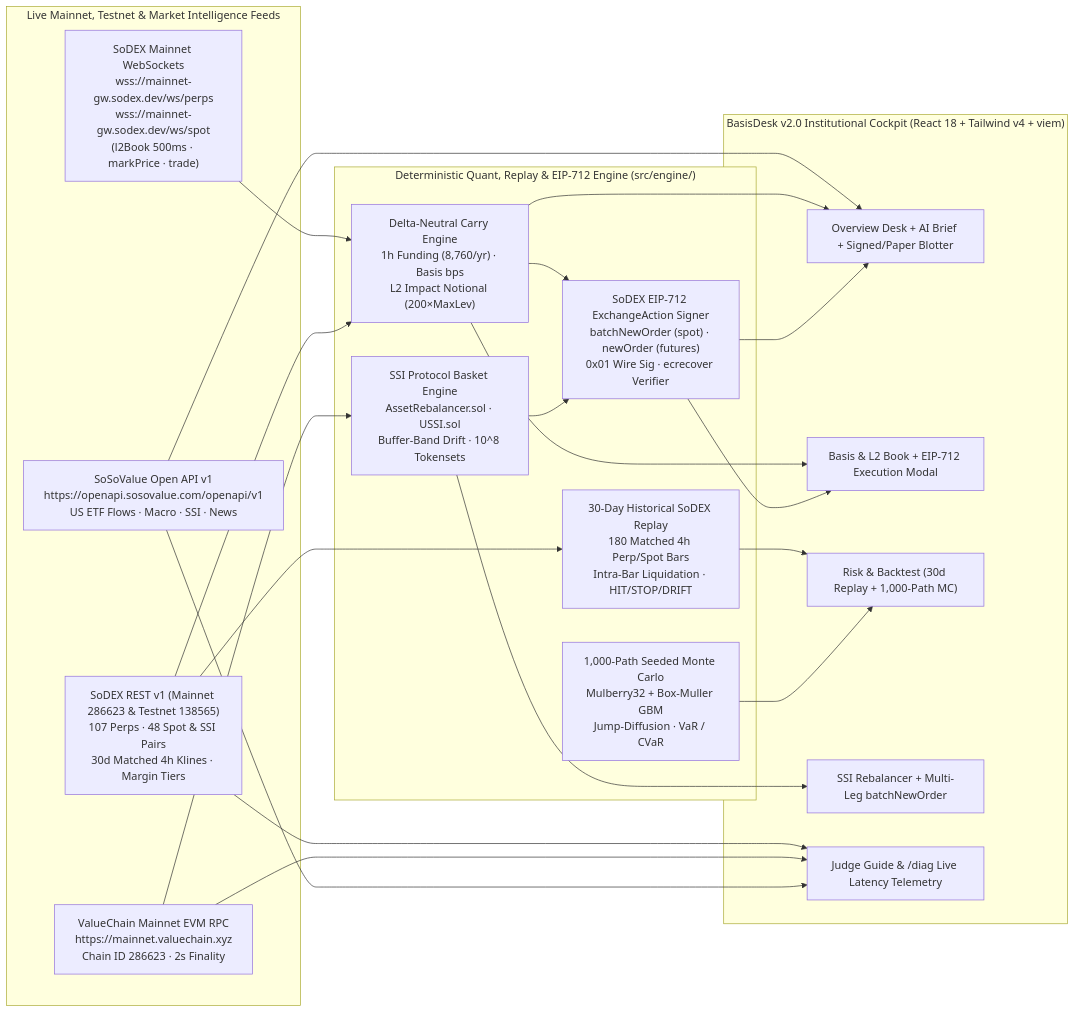
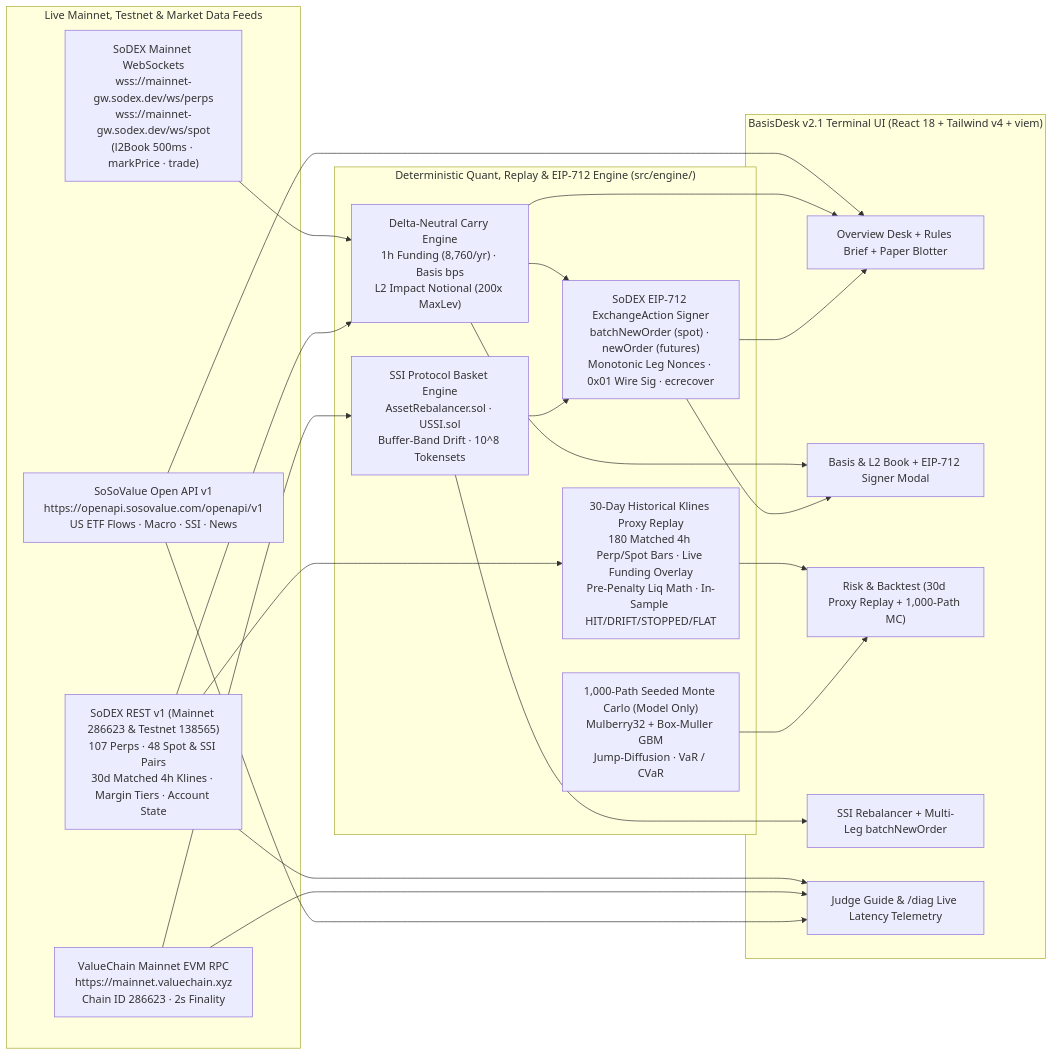
The diagram in README.md (alphonshhhomenicmtu/basisdesk-soso), drawn with Mermaid before and after one commit. The commit also changed other lines of this file and 16 other files, not shown here.

Commit message:
fix(v2.1): harden 30d backtest math, per-leg monotonic nonces, live accountID gating, and builder-fee attribution

````diff
--- a/README.md
+++ b/README.md
@@ -43,44 +48,44 @@
 ```mermaid
 flowchart LR
-    subgraph LiveData["Live Mainnet, Testnet & Market Intelligence Feeds"]
+    subgraph LiveData["Live Mainnet, Testnet & Market Data Feeds"]
         SDX_WS["SoDEX Mainnet WebSockets\nwss://mainnet-gw.sodex.dev/ws/perps\nwss://mainnet-gw.sodex.dev/ws/spot\n(l2Book 500ms · markPrice · trade)"]
-        SDX_REST["SoDEX REST v1 (Mainnet 286623 & Testnet 138565)\n107 Perps · 48 Spot & SSI Pairs\n30d Matched 4h Klines · Margin Tiers"]
+        SDX_REST["SoDEX REST v1 (Mainnet 286623 & Testnet 138565)\n107 Perps · 48 Spot & SSI Pairs\n30d Matched 4h Klines · Margin Tiers · Account State"]
         VC_RPC["ValueChain Mainnet EVM RPC\nhttps://mainnet.valuechain.xyz\nChain ID 286623 · 2s Finality"]
         SOSO_API["SoSoValue Open API v1\nhttps://openapi.sosovalue.com/openapi/v1\nUS ETF Flows · Macro · SSI · News"]
     end
 
     subgraph QuantAndSign["Deterministic Quant, Replay & EIP-712 Engine (src/engine/)"]
-        CARRY["Delta-Neutral Carry Engine\n1h Funding (8,760/yr) · Basis bps\nL2 Impact Notional (200×MaxLev)"]
-        HIST["30-Day Historical SoDEX Replay\n180 Matched 4h Perp/Spot Bars\nIntra-Bar Liquidation · HIT/STOP/DRIFT"]
-        MC["1,000-Path Seeded Monte Carlo\nMulberry32 + Box-Muller GBM\nJump-Diffusion · VaR / CVaR"]
-        EIP["SoDEX EIP-712 ExchangeAction Signer\nbatchNewOrder (spot) · newOrder (futures)\n0x01 Wire Sig · ecrecover Verifier"]
+        CARRY["Delta-Neutral Carry Engine\n1h Funding (8,760/yr) · Basis bps\nL2 Impact Notional (200x MaxLev)"]
+        HIST["30-Day Historical Klines Proxy Replay\n180 Matched 4h Perp/Spot Bars · Live Funding Overlay\nPre-Penalty Liq Math · In-Sample HIT/DRIFT/STOPPED/FLAT"]
+        MC["1,000-Path Seeded Monte Carlo (Model Only)\nMulberry32 + Box-Muller GBM\nJump-Diffusion · VaR / CVaR"]
+        EIP["SoDEX EIP-712 ExchangeAction Signer\nbatchNewOrder (spot) · newOrder (futures)\nMonotonic Leg Nonces · 0x01 Wire Sig · ecrecover"]
         SSI["SSI Protocol Basket Engine\nAssetRebalancer.sol · USSI.sol\nBuffer-Band Drift · 10^8 Tokensets"]
     end
 
-    subgraph DeskUI["BasisDesk v2.0 Institutional Cockpit (React 18 + Tailwind v4 + viem)"]
-        T1["Overview Desk + AI Brief + Signed/Paper Blotter"]
-        T2["Basis & L2 Book + EIP-712 Execution Modal"]
-        T3["Risk & Backtest (30d Replay + 1,000-Path MC)"]
+    subgraph DeskUI["BasisDesk v2.1 Terminal UI (React 18 + Tailwind v4 + viem)"]
+        T1["Overview Desk + Rules Brief + Paper Blotter"]
+        T2["Basis & L2 Book + EIP-712 Signer Modal"]
+        T3["Risk & Backtest (30d Proxy Replay + 1,000-Path MC)"]
         T4["SSI Rebalancer + Multi-Leg batchNewOrder"]
         T5["Judge Guide & /diag Live Latency Telemetry"]
     end
 
     SDX_WS --> CARRY
     SDX_REST --> CARRY
     SDX_REST --> HIST
     SDX_REST --> T5
     VC_RPC --> SSI
     VC_RPC --> T5
     SOSO_API --> T1
     SOSO_API --> T5
 
     CARRY --> T1
     CARRY --> T2
     HIST --> T3
     MC --> T3
     SSI --> T4
     CARRY --> EIP
     SSI --> EIP
     EIP --> T2
     EIP --> T1
 ```
````
